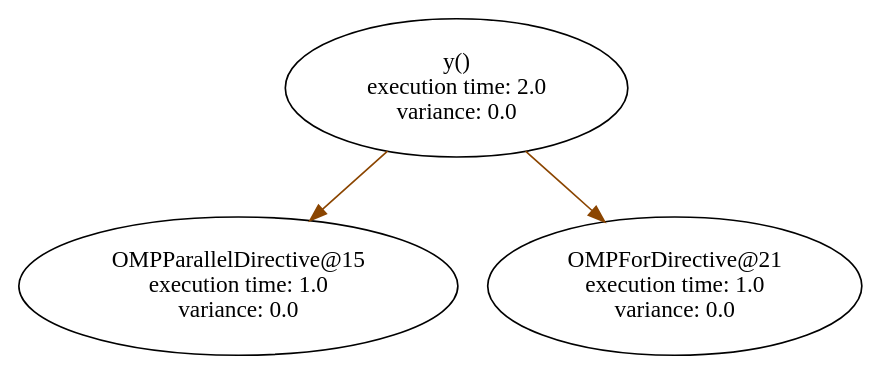
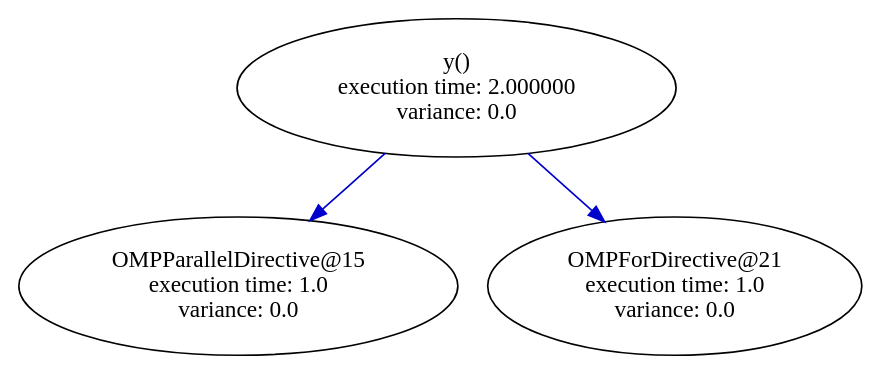
One commit to filippobrizzi/soma changed the diagram in graph_sched/graphs/y_code.dot. Above: the diagram before and after it, drawn with Graphviz. The commit also changed 14 other files, not shown here.

```diff
--- a/graph_sched/graphs/y_code.dot
+++ b/graph_sched/graphs/y_code.dot
@@ -1,20 +1,20 @@
 digraph G {
 	graph [bb="0,0,459,204"];
 	node [label="\N"];
 	"OMPParallelDirective@15"	 [height=1.1471,
 		label="OMPParallelDirective@15\n execution time: 1.0\nvariance: 0.0",
 		pos="118,42",
 		width=3.2896];
 	y	 [height=1.1471,
-		label="y()\n execution time: 2.0\nvariance: 0.0",
+		label="y()\n execution time: 2.000000\nvariance: 0.0",
 		pos="237,162",
-		width=2.4853];
-	y -> "OMPParallelDirective@15"	 [color=darkorange4,
-		pos="e,156.62,81.298 200,124.31 188.59,112.99 175.88,100.39 163.94,88.553"];
+		width=3.1762];
+	y -> "OMPParallelDirective@15"	 [color=blue3,
+		pos="e,156.64,81.319 198.69,123.01 187.66,112.07 175.5,100.02 164.05,88.663"];
 	"OMPForDirective@21"	 [height=1.1471,
 		label="OMPForDirective@21\n execution time: 1.0\nvariance: 0.0",
 		pos="357,42",
 		width=2.8384];
-	y -> "OMPForDirective@21"	 [color=darkorange4,
-		pos="e,318.88,80.48 274.31,124.31 286.16,112.66 299.39,99.649 311.74,87.51"];
+	y -> "OMPForDirective@21"	 [color=blue3,
+		pos="e,318.85,80.511 275.63,123.01 287.09,111.74 299.75,99.297 311.6,87.645"];
 }
```
